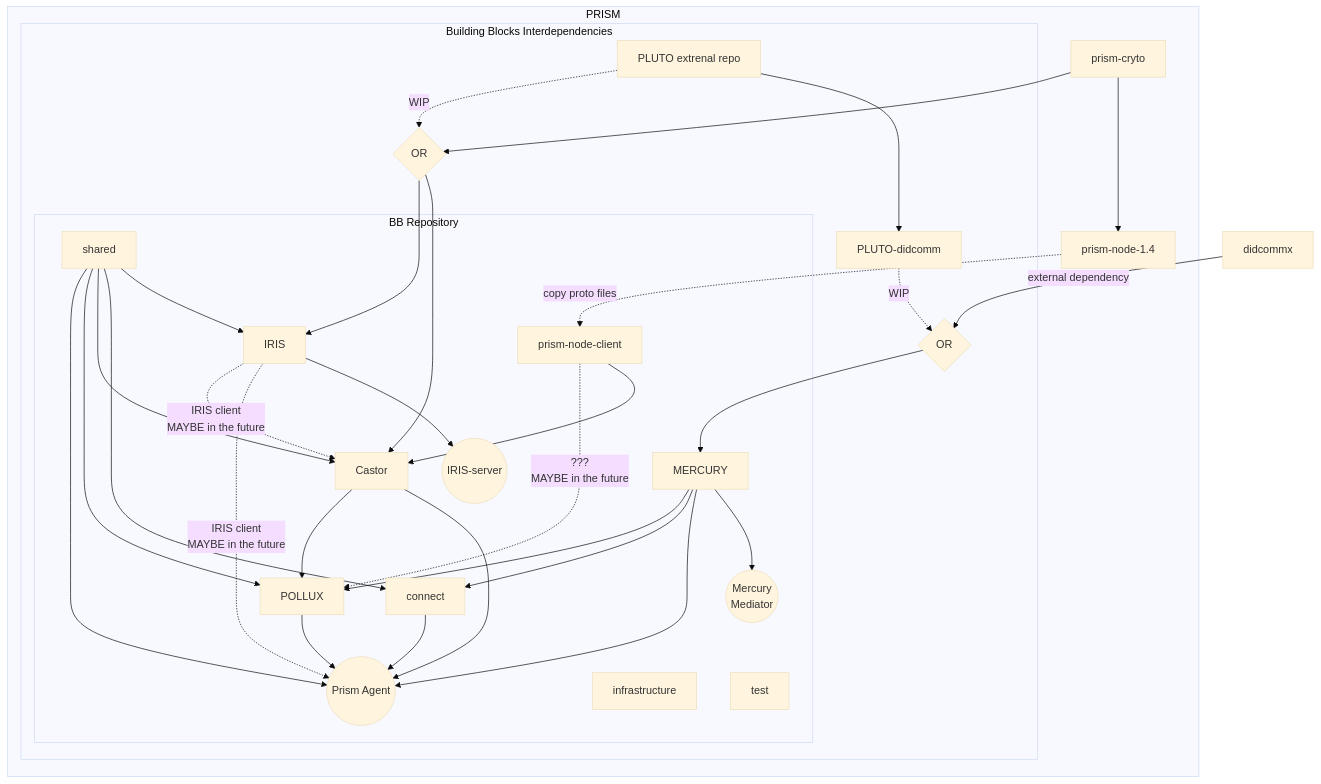
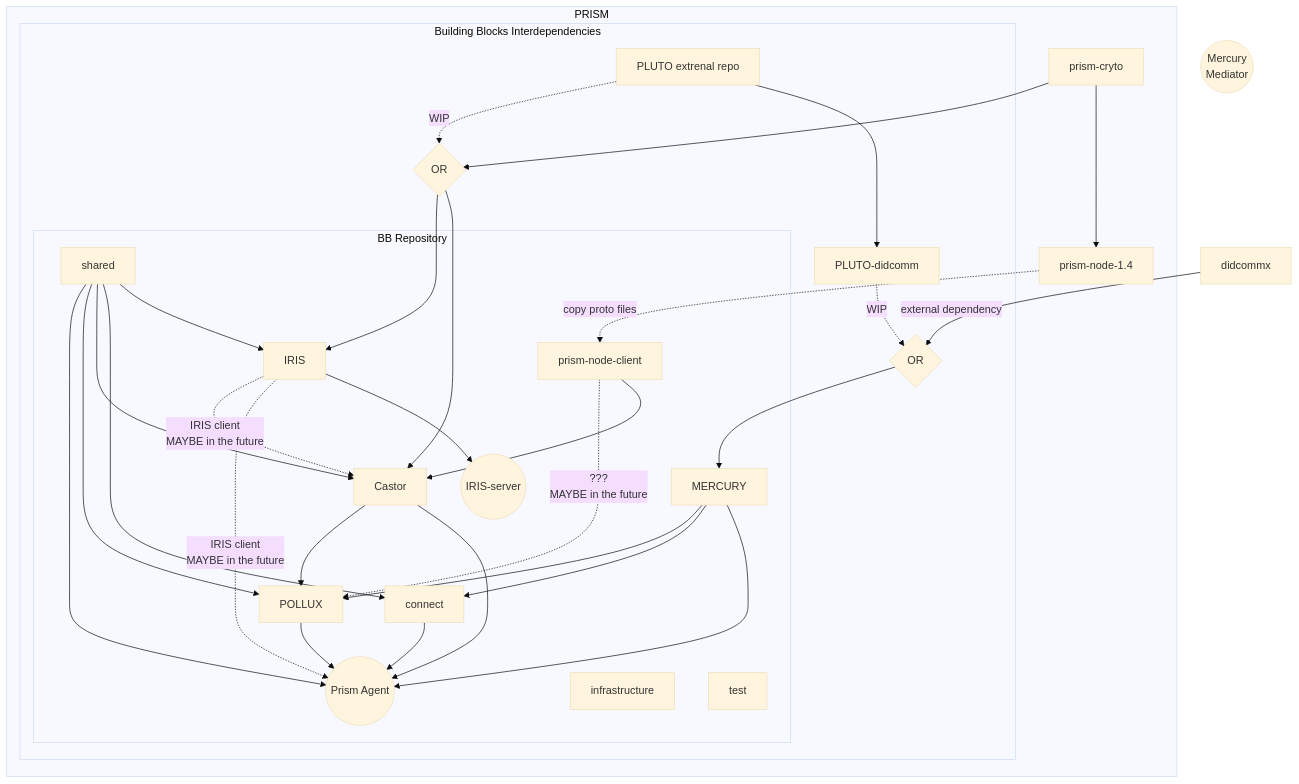
One commit to hyperledger/identus-cloud-agent changed the diagram in docs/general/interdependencies.md. Above: the diagram before and after it, drawn with Mermaid (base theme). The commit also changed 22 other files, not shown here.

````diff
--- a/docs/general/interdependencies.md
+++ b/docs/general/interdependencies.md
@@ -7,71 +7,70 @@
 ```mermaid
 flowchart
   PLUTO-didcomm -.WIP.-> OR1{OR} 
   didcommx --external dependency--> OR1{OR} 
 
   subgraph PRISM
     prism-cryto --> prism-node-1.4
     prism-cryto --> OR2{OR}
     prism-node-1.4 -.copy proto files.-> prism-node
 
     subgraph BB[Building Blocks Interdependencies]
 
 
       pluto -.WIP.-> OR2{OR}
       pluto --> PLUTO-didcomm
 
       OR1 --> mercury
 
       OR2 ---> iris
       OR2 --> castor
 
       subgraph REPO [BB Repository]
         prism-node -.???\nMAYBE in the future.-> pollux
         prism-node --> castor
 
         iris -.IRIS client\nMAYBE in the future.-> castor
         iris -.IRIS client\nMAYBE in the future.-> prism-agent
         iris --> iris-server
 
         shared --> prism-agent
         shared --> pollux
         shared --> castor
         shared --> connect
         shared --> iris
         
         mercury --> pollux
         mercury --> connect
         mercury --> prism-agent
-        mercury --> mediator
 
         connect --> prism-agent
 
         castor --> pollux
         castor --> prism-agent
         %%castor --> iris
 
         pollux --> prism-agent
 
         infrastructure
         test
       end
     end
   end
 
   
 
 %% All 
 castor[Castor]
 connect
 infrastructure
 iris[IRIS]
 iris-server((IRIS-server))
 mercury[MERCURY]
 mediator((Mercury\nMediator))
 pluto[PLUTO extrenal repo]
 pollux[POLLUX]
 prism-agent((Prism Agent))
 prism-node[prism-node-client]
 shared
 test
 ```
````
